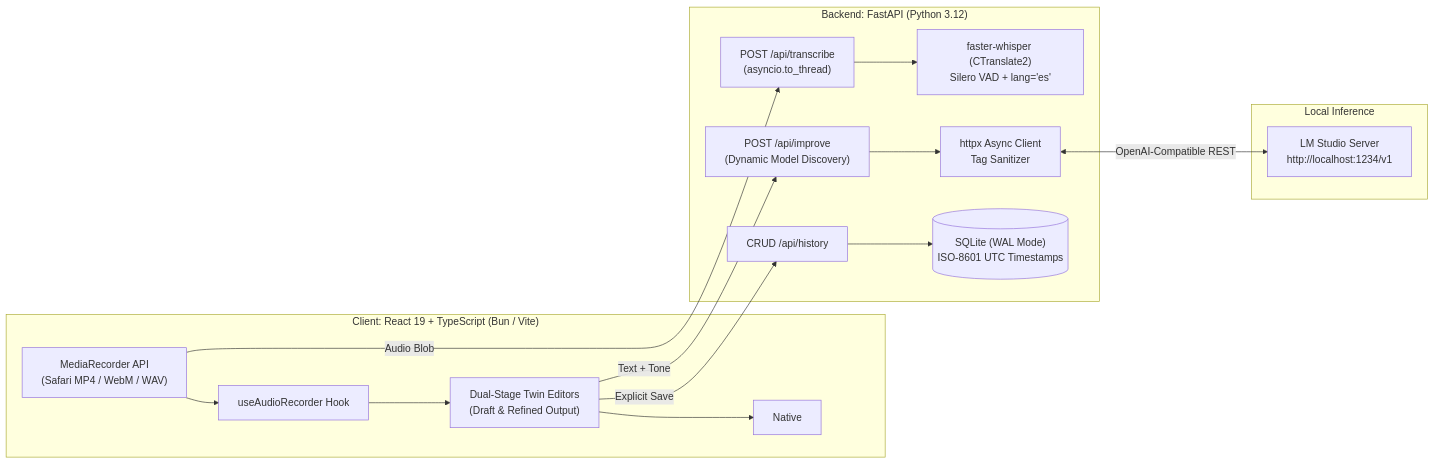
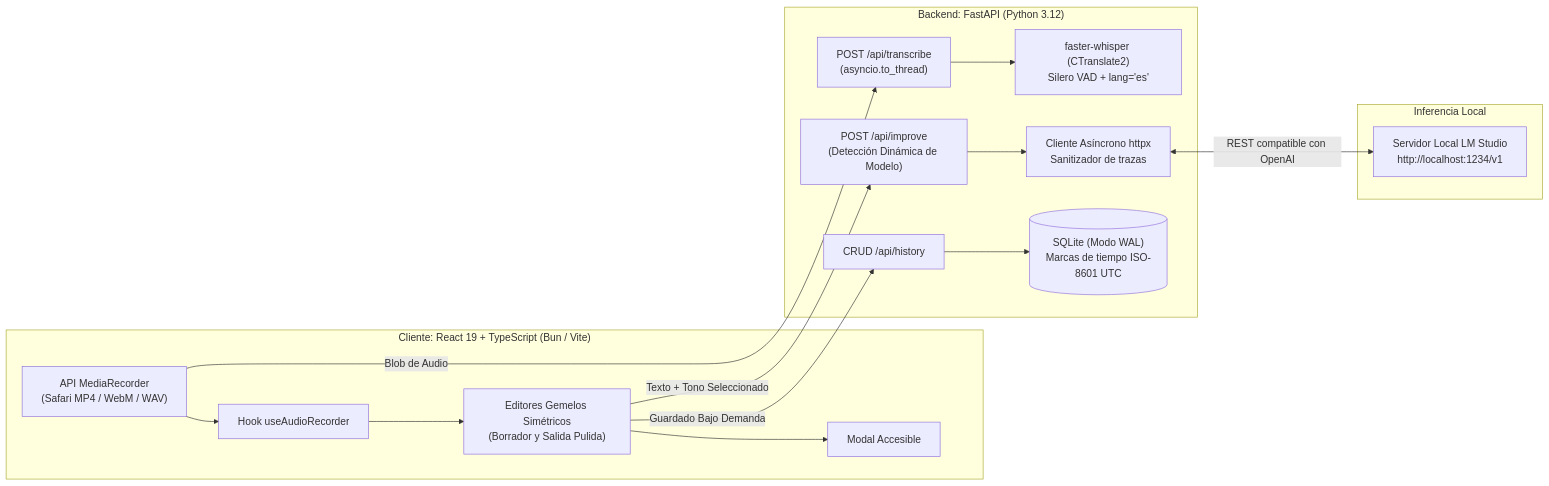
One commit to chuckvlix/VoicePrompt changed the diagram in README.md. Above: the diagram before and after it, drawn with Mermaid. The commit also changed other lines of this file, not shown here.

````diff
--- a/README.md
+++ b/README.md
@@ -32,31 +32,31 @@
 ```mermaid
 flowchart LR
-    subgraph Browser ["Client: React 19 + TypeScript (Bun / Vite)"]
-        Mic["MediaRecorder API\n(Safari MP4 / WebM / WAV)"] --> AudioState["useAudioRecorder Hook"]
-        AudioState --> DualEditor["Dual-Stage Twin Editors\n(Draft & Refined Output)"]
-        DualEditor --> HistoryDialog["Native <dialog>\nAccessible Modal"]
+    subgraph Browser ["Cliente: React 19 + TypeScript (Bun / Vite)"]
+        Mic["API MediaRecorder\n(Safari MP4 / WebM / WAV)"] --> AudioState["Hook useAudioRecorder"]
+        AudioState --> DualEditor["Editores Gemelos Simétricos\n(Borrador y Salida Pulida)"]
+        DualEditor --> HistoryDialog["Modal Accesible <dialog>\nNativo del Navegador"]
     end
 
     subgraph Server ["Backend: FastAPI (Python 3.12)"]
         API_STT["POST /api/transcribe\n(asyncio.to_thread)"]
-        API_LLM["POST /api/improve\n(Dynamic Model Discovery)"]
+        API_LLM["POST /api/improve\n(Detección Dinámica de Modelo)"]
         API_DB["CRUD /api/history"]
 
         WhisperEngine["faster-whisper (CTranslate2)\nSilero VAD + lang='es'"]
-        LMStudioClient["httpx Async Client\n<think> Tag Sanitizer"]
-        DBEngine[("SQLite (WAL Mode)\nISO-8601 UTC Timestamps")]
+        LMStudioClient["Cliente Asíncrono httpx\nSanitizador de trazas <think>"]
+        DBEngine[("SQLite (Modo WAL)\nMarcas de tiempo ISO-8601 UTC")]
 
         API_STT --> WhisperEngine
         API_LLM --> LMStudioClient
         API_DB --> DBEngine
     end
 
-    subgraph LocalAI ["Local Inference"]
-        LMStudio["LM Studio Server\nhttp://localhost:1234/v1"]
+    subgraph LocalAI ["Inferencia Local"]
+        LMStudio["Servidor Local LM Studio\nhttp://localhost:1234/v1"]
     end
 
-    Mic -->|Audio Blob| API_STT
-    DualEditor -->|Text + Tone| API_LLM
-    DualEditor -->|Explicit Save| API_DB
-    LMStudioClient <-->|OpenAI-Compatible REST| LMStudio
+    Mic -->|Blob de Audio| API_STT
+    DualEditor -->|Texto + Tono Seleccionado| API_LLM
+    DualEditor -->|Guardado Bajo Demanda| API_DB
+    LMStudioClient <-->|REST compatible con OpenAI| LMStudio
 ```
````
